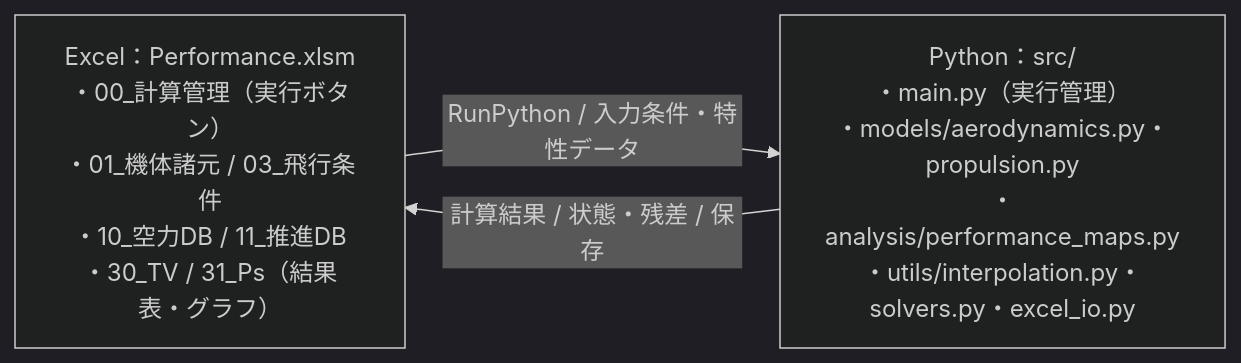
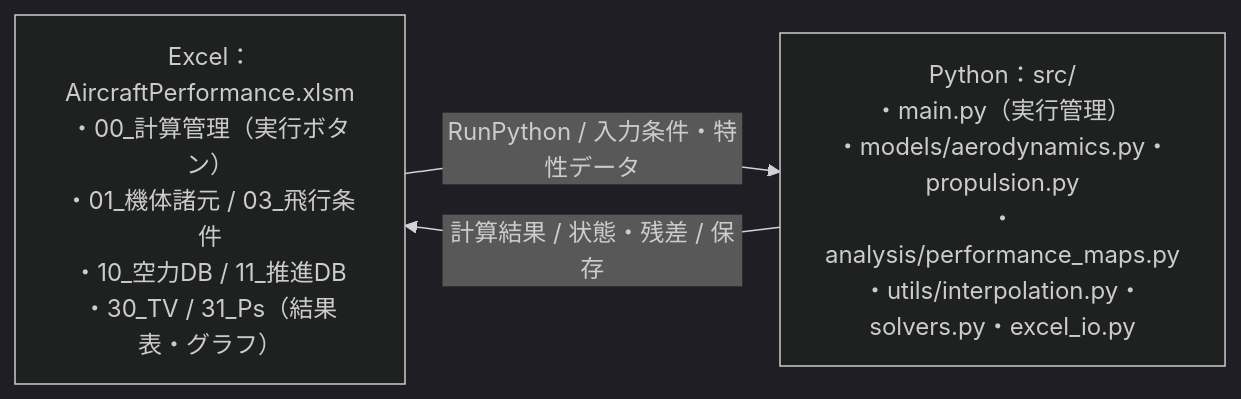
Before and after one commit to u0muumufuu/my-python-tool: the first of 2 diagrams in README.md, drawn with Mermaid (dark theme). The commit also changed other lines of this file and 6 other files, not shown here.

````diff
--- a/README.md
+++ b/README.md
@@ -9,7 +9,7 @@
 ```mermaid
 flowchart LR
-  E["Excel：Performance.xlsm<br/>・00_計算管理（実行ボタン）<br/>・01_機体諸元 / 03_飛行条件<br/>・10_空力DB / 11_推進DB<br/>・30_TV / 31_Ps（結果表・グラフ）"]
+  E["Excel：AircraftPerformance.xlsm<br/>・00_計算管理（実行ボタン）<br/>・01_機体諸元 / 03_飛行条件<br/>・10_空力DB / 11_推進DB<br/>・30_TV / 31_Ps（結果表・グラフ）"]
   P["Python：src/<br/>・main.py（実行管理）<br/>・models/aerodynamics.py・propulsion.py<br/>・analysis/performance_maps.py<br/>・utils/interpolation.py・solvers.py・excel_io.py"]
   E -->|"RunPython / 入力条件・特性データ"| P
   P -->|"計算結果 / 状態・残差 / 保存"| E
 ```
````
